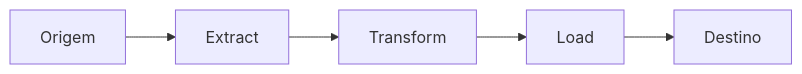
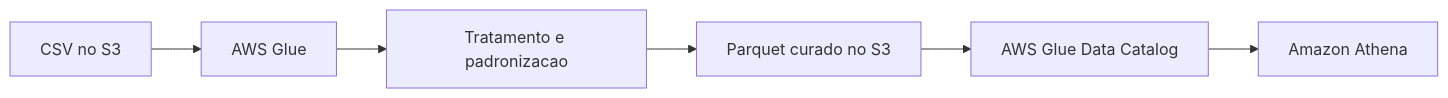
One commit to Ito-Santana/aws-dea-guia-estudos changed the diagram in fundamentos-engenharia-de-dados/etl.md. Above: the diagram before and after it, drawn with Mermaid. The commit also changed other lines of this file and 9 other files, not shown here.

````diff
--- a/fundamentos-engenharia-de-dados/etl.md
+++ b/fundamentos-engenharia-de-dados/etl.md
@@ -27,7 +91,8 @@
-<div class="mermaid">
+```mermaid
 flowchart LR
-    A[Origem] --> B[Extract]
-    B --> C[Transform]
-    C --> D[Load]
-    D --> E[Destino]
-</div>
+    A[CSV no S3] --> B[AWS Glue]
+    B --> C[Tratamento e padronizacao]
+    C --> D[Parquet curado no S3]
+    D --> E[AWS Glue Data Catalog]
+    E --> F[Amazon Athena]
+```
````
